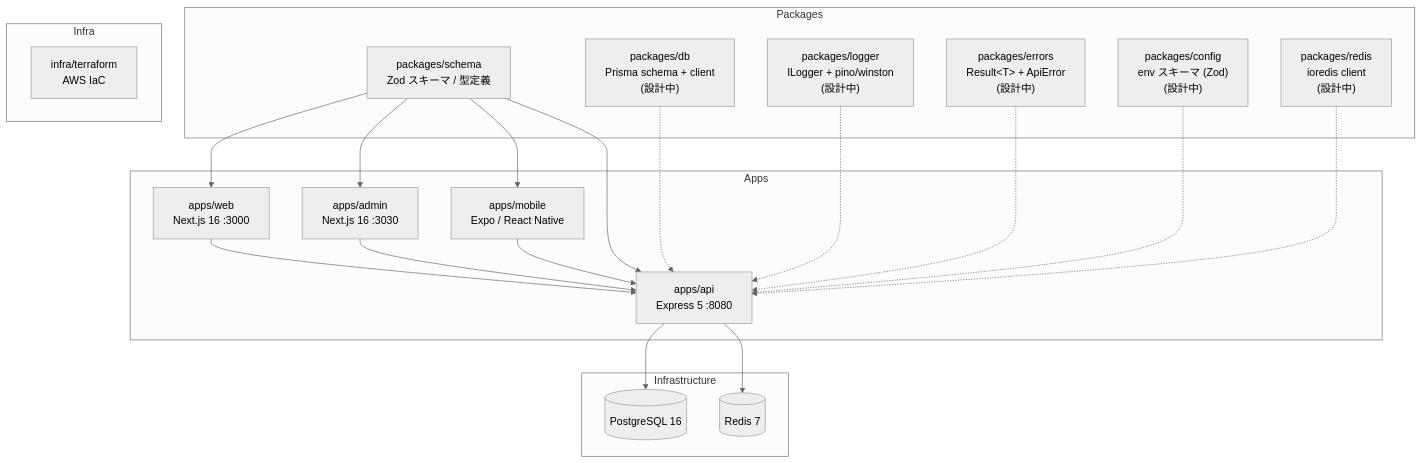
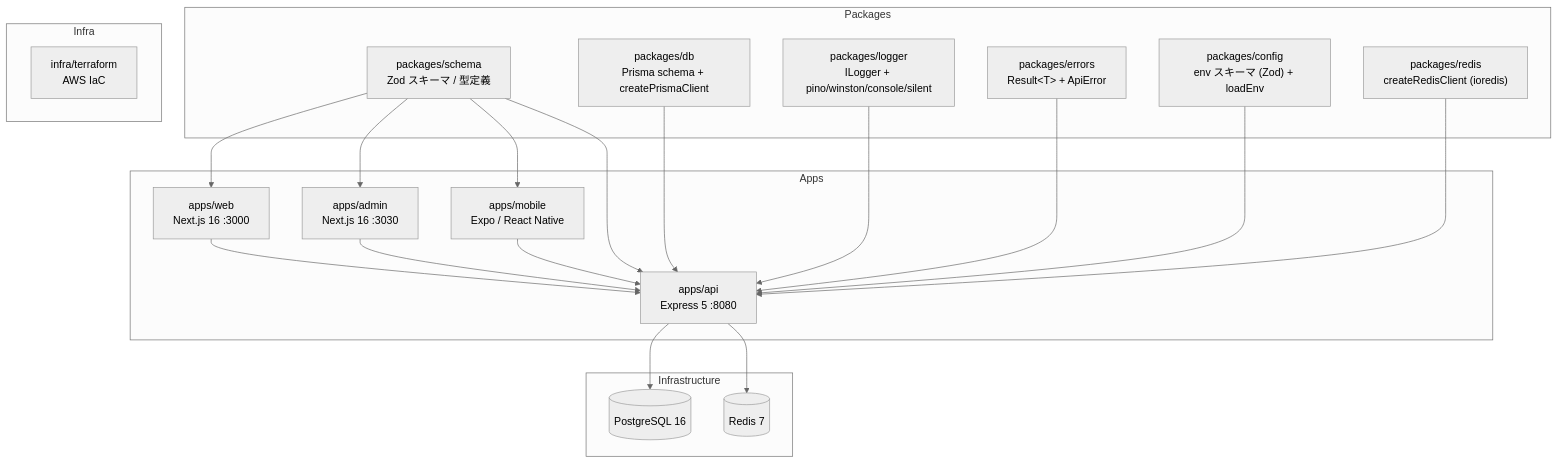
The diagram in README.md (kentakki416/project-template), drawn with Mermaid (neutral theme) before and after one commit. The commit also changed other lines of this file and 25 other files, not shown here.

````diff
--- a/README.md
+++ b/README.md
@@ -27,42 +25,42 @@
 ```mermaid
 graph TB
     subgraph Apps
         Web["apps/web<br/>Next.js 16 :3000"]
         Admin["apps/admin<br/>Next.js 16 :3030"]
         Mobile["apps/mobile<br/>Expo / React Native"]
         API["apps/api<br/>Express 5 :8080"]
     end
 
     subgraph Packages
         Schema["packages/schema<br/>Zod スキーマ / 型定義"]
-        DB["packages/db<br/>Prisma schema + client<br/>(設計中)"]
-        Logger["packages/logger<br/>ILogger + pino/winston<br/>(設計中)"]
-        Errors["packages/errors<br/>Result&lt;T&gt; + ApiError<br/>(設計中)"]
-        Config["packages/config<br/>env スキーマ (Zod)<br/>(設計中)"]
-        RedisPkg["packages/redis<br/>ioredis client<br/>(設計中)"]
+        DB["packages/db<br/>Prisma schema + createPrismaClient"]
+        Logger["packages/logger<br/>ILogger + pino/winston/console/silent"]
+        Errors["packages/errors<br/>Result&lt;T&gt; + ApiError"]
+        Config["packages/config<br/>env スキーマ (Zod) + loadEnv"]
+        RedisPkg["packages/redis<br/>createRedisClient (ioredis)"]
     end
 
     subgraph Infra
         Terraform["infra/terraform<br/>AWS IaC"]
     end
 
     subgraph Infrastructure
         PostgreSQL[(PostgreSQL 16)]
         Redis[(Redis 7)]
     end
 
     Web --> API
     Admin --> API
     Mobile --> API
     API --> PostgreSQL
     API --> Redis
     Schema --> Web
     Schema --> Admin
     Schema --> Mobile
     Schema --> API
-    DB -.-> API
-    Logger -.-> API
-    Errors -.-> API
-    Config -.-> API
-    RedisPkg -.-> API
+    DB --> API
+    Logger --> API
+    Errors --> API
+    Config --> API
+    RedisPkg --> API
 ```
````
